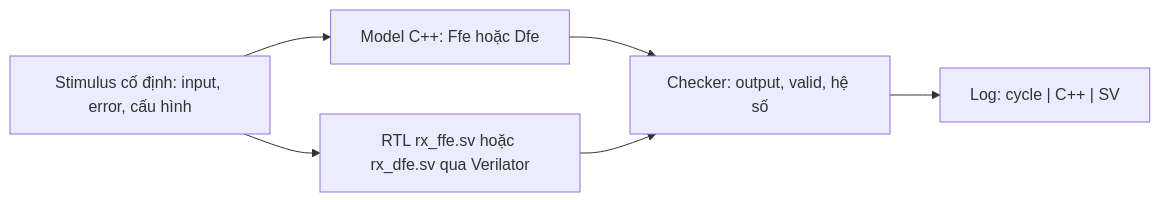
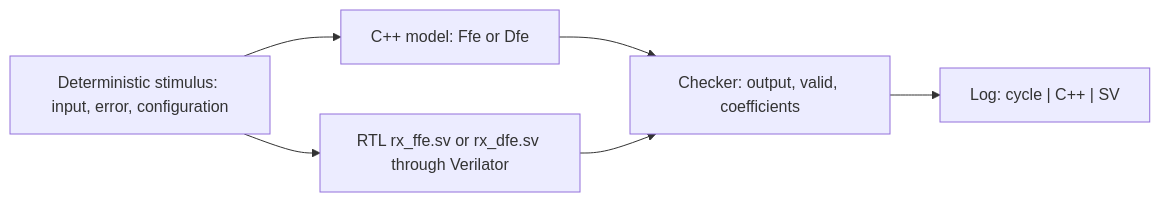
One commit to thocaptain/ADAPTIVE_FILTER changed the first of 3 diagrams in 02_test/eq_independent/README.md. Above: the diagram before and after it, drawn with Mermaid. The commit also changed other lines of this file and 2 other files, not shown here.

Commit message:
Translate FFE/DFE test documentation into English

````diff
--- a/02_test/eq_independent/README.md
+++ b/02_test/eq_independent/README.md
@@ -85,8 +85,8 @@
 ```mermaid
 flowchart LR
-    S["Stimulus cố định: input, error, cấu hình"] --> C["Model C++: Ffe hoặc Dfe"]
-    S --> V["RTL rx_ffe.sv hoặc rx_dfe.sv qua Verilator"]
-    C --> K["Checker: output, valid, hệ số"]
+    S["Deterministic stimulus: input, error, configuration"] --> C["C++ model: Ffe or Dfe"]
+    S --> V["RTL rx_ffe.sv or rx_dfe.sv through Verilator"]
+    C --> K["Checker: output, valid, coefficients"]
     V --> K
     K --> L["Log: cycle | C++ | SV"]
 ```
````
